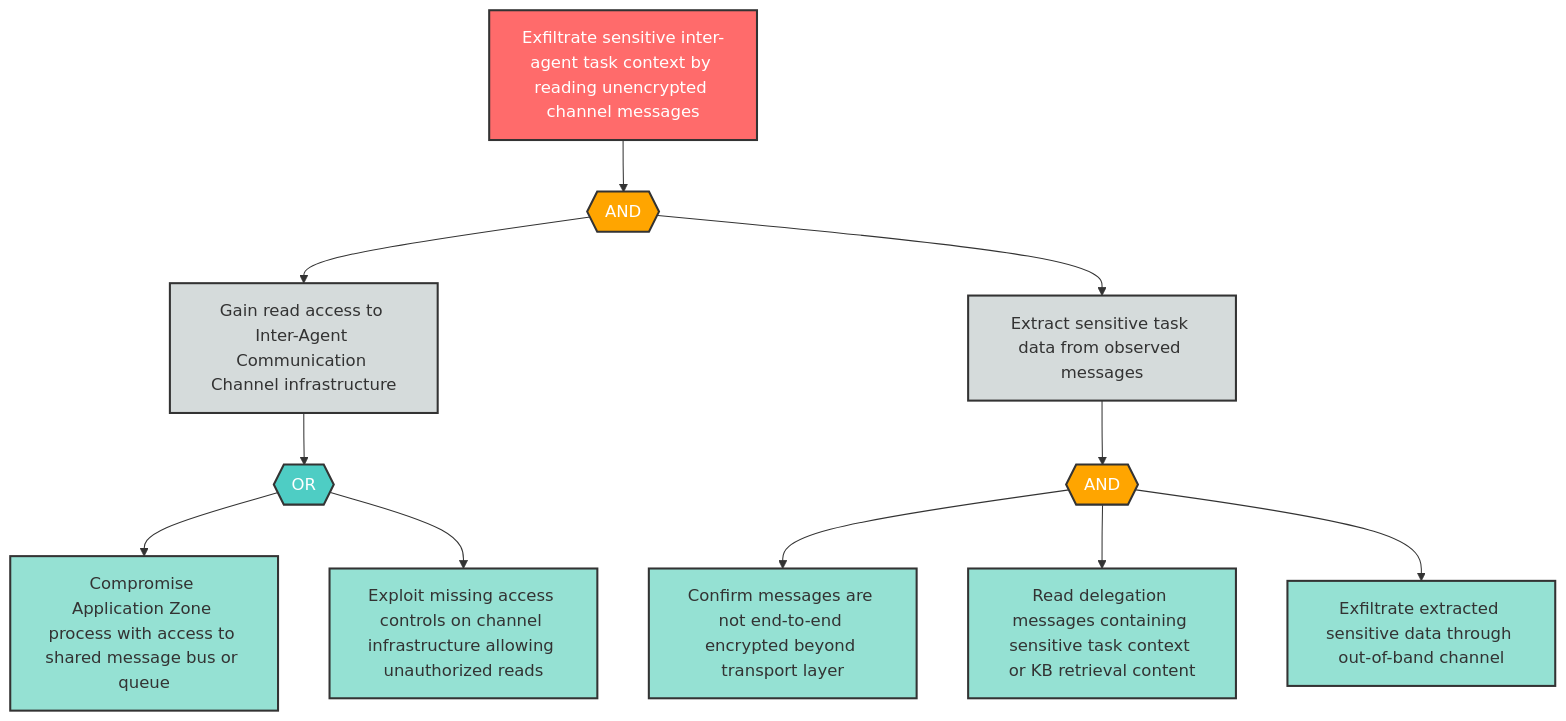
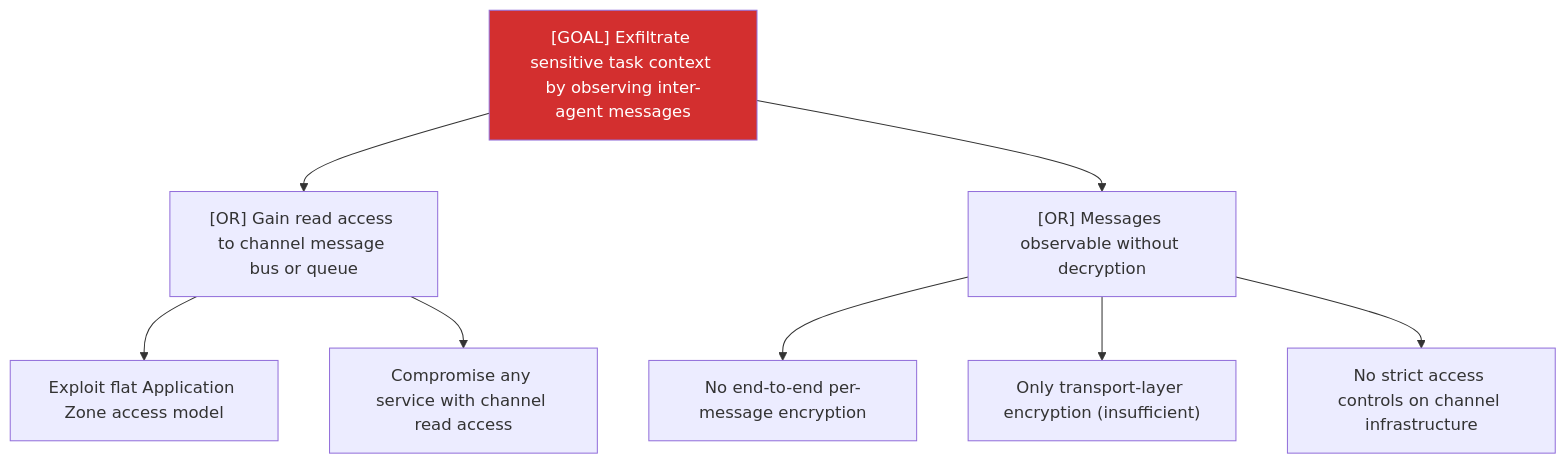
Before and after one commit to q-qp-p/davidmatousek-tachi: the diagram in examples/agentic-app/sample-report/attack-trees/i-4-attack-tree.md, drawn with Mermaid. The commit also changed other lines of this file and 132 other files, not shown here.

````diff
--- a/examples/agentic-app/sample-report/attack-trees/i-4-attack-tree.md
+++ b/examples/agentic-app/sample-report/attack-trees/i-4-attack-tree.md
@@ -8,37 +7,13 @@
 ```mermaid
-flowchart TD
-    I4_root["Exfiltrate sensitive inter-agent task context by reading unencrypted channel messages"]
-    I4_and1{{"AND"}}
-    I4_sub1["Gain read access to Inter-Agent Communication Channel infrastructure"]
-    I4_sub2["Extract sensitive task data from observed messages"]
-    I4_or1{{"OR"}}
-    I4_leaf1["Compromise Application Zone process with access to shared message bus or queue"]
-    I4_leaf2["Exploit missing access controls on channel infrastructure allowing unauthorized reads"]
-    I4_and2{{"AND"}}
-    I4_leaf3["Confirm messages are not end-to-end encrypted beyond transport layer"]
-    I4_leaf4["Read delegation messages containing sensitive task context or KB retrieval content"]
-    I4_leaf5["Exfiltrate extracted sensitive data through out-of-band channel"]
-
-    I4_root --> I4_and1
-    I4_and1 --> I4_sub1
-    I4_and1 --> I4_sub2
-    I4_sub1 --> I4_or1
-    I4_or1 --> I4_leaf1
-    I4_or1 --> I4_leaf2
-    I4_sub2 --> I4_and2
-    I4_and2 --> I4_leaf3
-    I4_and2 --> I4_leaf4
-    I4_and2 --> I4_leaf5
-
-    classDef goal fill:#ff6b6b,stroke:#333,stroke-width:2px,color:#fff
-    classDef andGate fill:#ffa500,stroke:#333,stroke-width:2px,color:#fff
-    classDef orGate fill:#4ecdc4,stroke:#333,stroke-width:2px,color:#fff
-    classDef subGoal fill:#d5dbdb,stroke:#333,stroke-width:2px,color:#333
-    classDef leaf fill:#95e1d3,stroke:#333,stroke-width:2px,color:#333
-
-    class I4_root goal
-    class I4_and1,I4_and2 andGate
-    class I4_or1 orGate
-    class I4_sub1,I4_sub2 subGoal
-    class I4_leaf1,I4_leaf2,I4_leaf3,I4_leaf4,I4_leaf5 leaf
+graph TD
+    Goal["[GOAL] Exfiltrate sensitive task context by observing inter-agent messages"]
+    Goal --> A["[OR] Gain read access to channel message bus or queue"]
+    A --> A1["Exploit flat Application Zone access model"]
+    A --> A2["Compromise any service with channel read access"]
+    Goal --> B["[OR] Messages observable without decryption"]
+    B --> B1["No end-to-end per-message encryption"]
+    B --> B2["Only transport-layer encryption (insufficient)"]
+    B --> B3["No strict access controls on channel infrastructure"]
+    classDef critical fill:#d32f2f,color:#fff
+    class Goal critical
 ```
````
